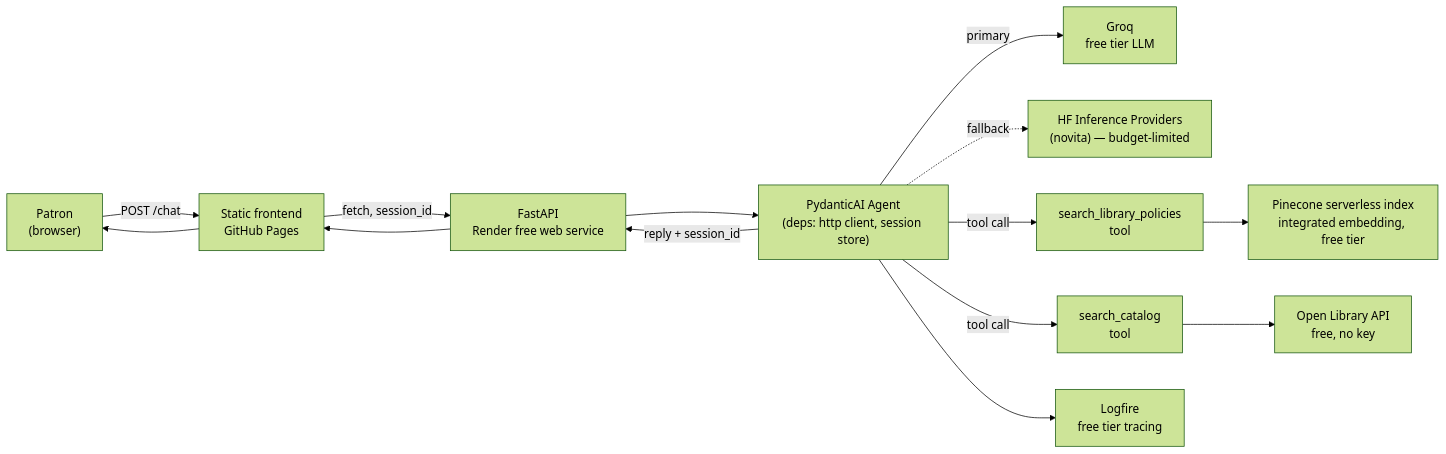
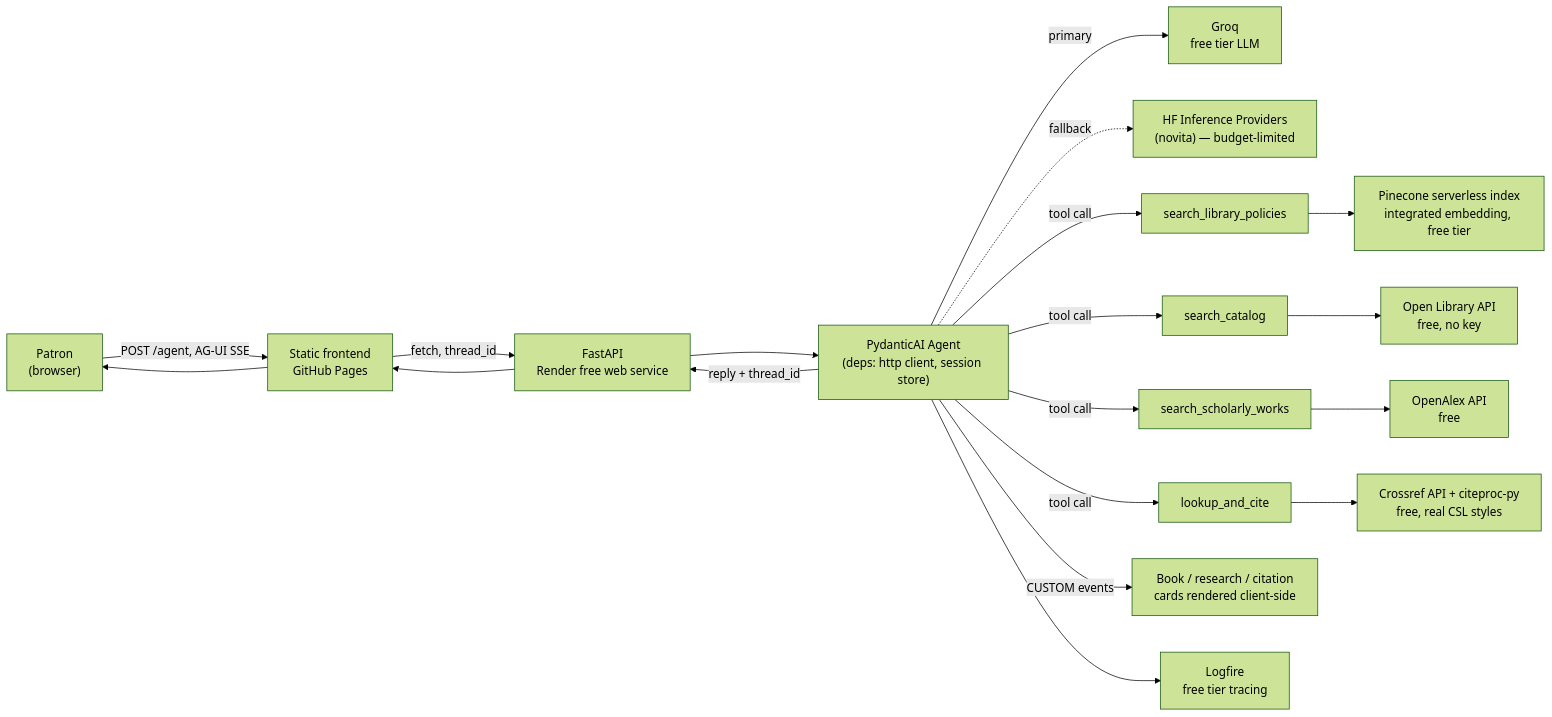
Before and after one commit to JohnnieMaeB/LibSync: the first of 2 diagrams in README.md, drawn with Mermaid (forest theme). The commit also changed other lines of this file and 32 other files, not shown here.

````diff
--- a/README.md
+++ b/README.md
@@ -93,14 +105,19 @@
 ```mermaid
 flowchart LR
-    U["Patron<br/>(browser)"] -->|POST /chat| FE["Static frontend<br/>GitHub Pages"]
-    FE -->|fetch, session_id| API["FastAPI<br/>Render free web service"]
+    U["Patron<br/>(browser)"] -->|POST /agent, AG-UI SSE| FE["Static frontend<br/>GitHub Pages"]
+    FE -->|fetch, thread_id| API["FastAPI<br/>Render free web service"]
     API --> AGT["PydanticAI Agent<br/>(deps: http client, session store)"]
     AGT -->|primary| GROQ["Groq<br/>free tier LLM"]
     AGT -.fallback.-> HF["HF Inference Providers<br/>(novita) — budget-limited"]
-    AGT -->|tool call| POL["search_library_policies<br/>tool"]
-    AGT -->|tool call| CAT["search_catalog<br/>tool"]
+    AGT -->|tool call| POL["search_library_policies"]
+    AGT -->|tool call| CAT["search_catalog"]
+    AGT -->|tool call| RES["search_scholarly_works"]
+    AGT -->|tool call| CITE["lookup_and_cite"]
     POL --> PC["Pinecone serverless index<br/>integrated embedding, free tier"]
     CAT --> OL["Open Library API<br/>free, no key"]
+    RES --> OA["OpenAlex API<br/>free"]
+    CITE --> CR["Crossref API + citeproc-py<br/>free, real CSL styles"]
+    AGT -->|CUSTOM events| CARD["Book / research / citation<br/>cards rendered client-side"]
     AGT --> LOG["Logfire<br/>free tier tracing"]
-    AGT -->|reply + session_id| API --> FE --> U
+    AGT -->|reply + thread_id| API --> FE --> U
 ```
````
